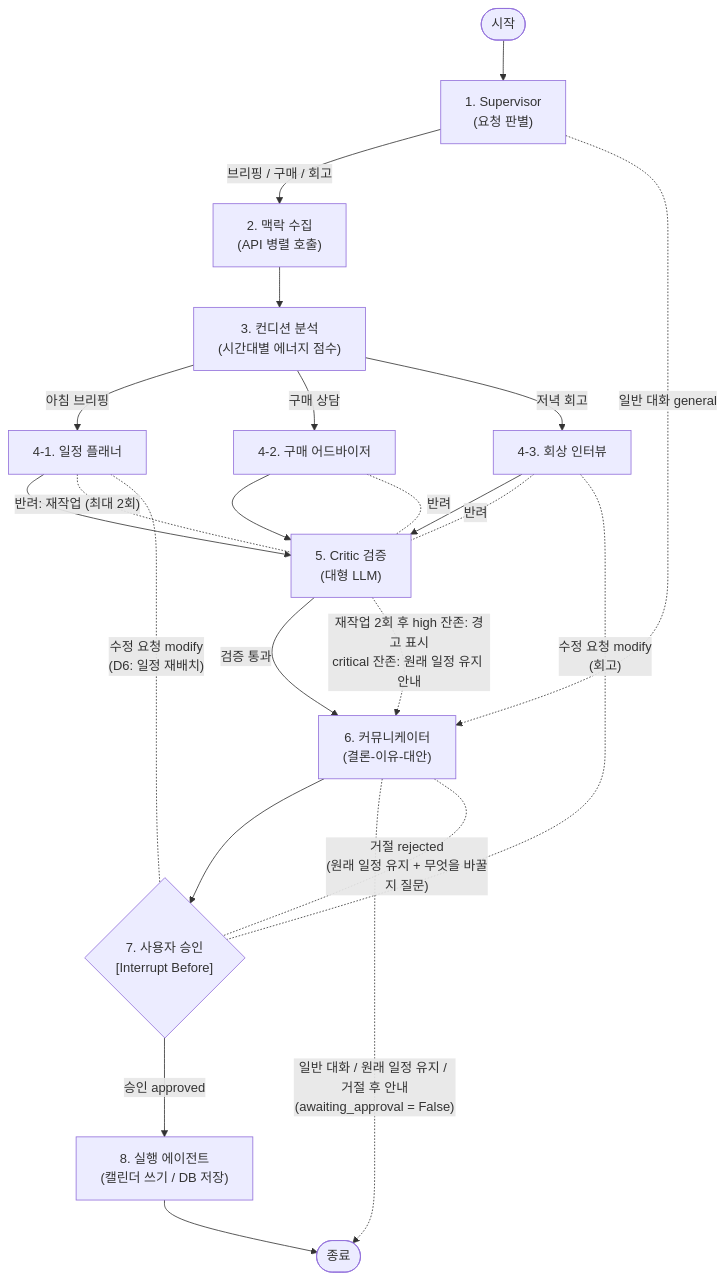
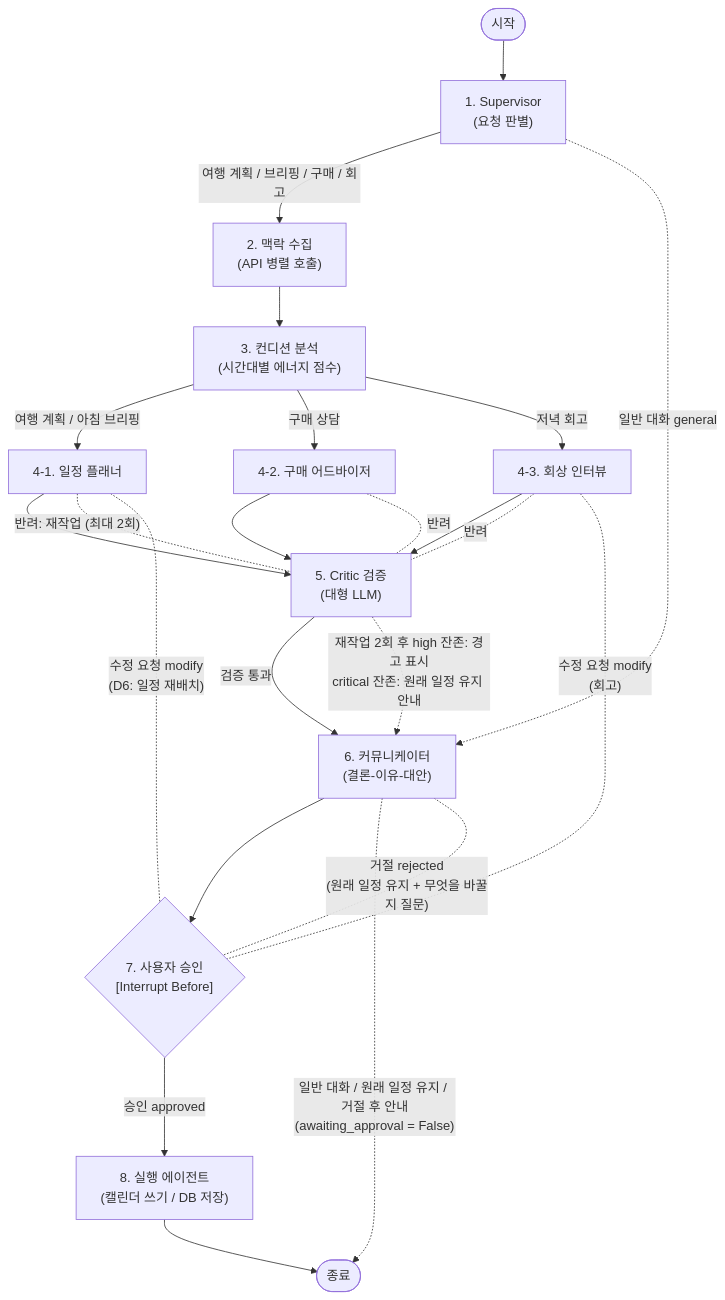
Before and after one commit to fcburf/personal-agent-core: the diagram in README.md, drawn with Mermaid. The commit also changed other lines of this file and 7 other files, not shown here.

````diff
--- a/README.md
+++ b/README.md
@@ -18,28 +18,28 @@
 ```mermaid
 flowchart TD
     %% 메인 흐름(실선)을 먼저 선언: Mermaid는 선언 순서·화살표 방향으로 층을 배치함
     Start([시작]) --> Supervisor["1. Supervisor<br/>(요청 판별)"]
-    Supervisor -->|브리핑 / 구매 / 회고| Context["2. 맥락 수집<br/>(API 병렬 호출)"]
+    Supervisor -->|여행 계획 / 브리핑 / 구매 / 회고| Context["2. 맥락 수집<br/>(API 병렬 호출)"]
     Context --> Condition["3. 컨디션 분석<br/>(시간대별 에너지 점수)"]
-    Condition -->|아침 브리핑| Planner["4-1. 일정 플래너"]
+    Condition -->|여행 계획 / 아침 브리핑| Planner["4-1. 일정 플래너"]
     Condition -->|구매 상담| Advisor["4-2. 구매 어드바이저"]
     Condition -->|저녁 회고| Interview["4-3. 회상 인터뷰"]
     Planner --> Critic["5. Critic 검증<br/>(대형 LLM)"]
     Advisor --> Critic
     Interview --> Critic
     Critic -->|검증 통과| Communicator["6. 커뮤니케이터<br/>(결론-이유-대안)"]
     Communicator --> UserApproval{"7. 사용자 승인<br/>[Interrupt Before]"}
     UserApproval -->|승인 approved| ActionExecutor["8. 실행 에이전트<br/>(캘린더 쓰기 / DB 저장)"]
     ActionExecutor --> End([종료])
 
     %% 분기·루프(점선). 되돌아가는 화살표는 "A <-.- B"로 써서 배치가 꼬이지 않게 함
     Supervisor -.->|일반 대화 general| Communicator
     Planner <-.-|"반려: 재작업 (최대 2회)"| Critic
     Advisor <-.-|반려| Critic
     Interview <-.-|반려| Critic
     Critic -.->|"재작업 2회 후 high 잔존: 경고 표시<br/>critical 잔존: 원래 일정 유지 안내"| Communicator
     Planner <-.-|"수정 요청 modify<br/>(D6: 일정 재배치)"| UserApproval
     Interview <-.-|"수정 요청 modify<br/>(회고)"| UserApproval
     Communicator -.->|"일반 대화 / 원래 일정 유지 / 거절 후 안내<br/>(awaiting_approval = False)"| End
     Communicator <-.-|"거절 rejected<br/>(원래 일정 유지 + 무엇을 바꿀지 질문)"| UserApproval
 ```
````
